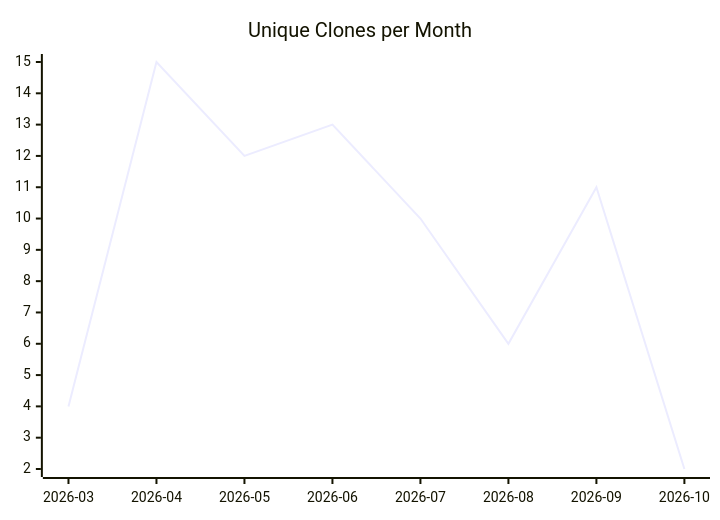
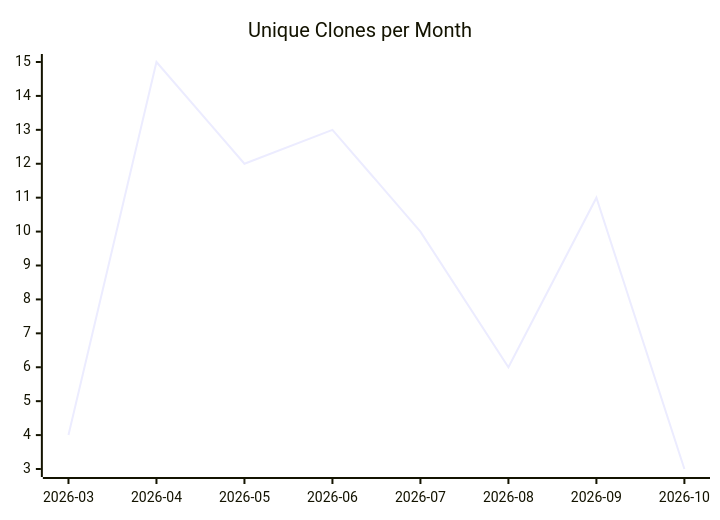
The third of 3 diagrams in karlmdavis/ansible-role-bind-dns/README.md (justdavis-family/github-analytics-data), drawn with Mermaid before and after one commit. The commit also changed other lines of this file and 203 other files, not shown here.

````diff
--- a/karlmdavis/ansible-role-bind-dns/README.md
+++ b/karlmdavis/ansible-role-bind-dns/README.md
@@ -19,6 +19,6 @@
 ```mermaid
 xychart-beta
   title "Unique Clones per Month"
   x-axis ["2026-03", "2026-04", "2026-05", "2026-06", "2026-07", "2026-08", "2026-09", "2026-10"]
-  line [4, 15, 12, 13, 10, 6, 11, 2]
+  line [4, 15, 12, 13, 10, 6, 11, 3]
 ```
````
